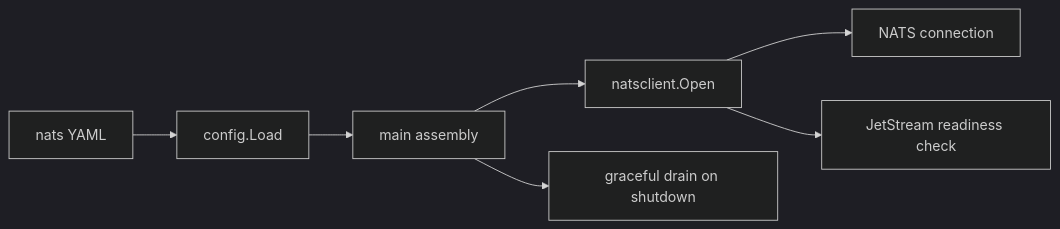
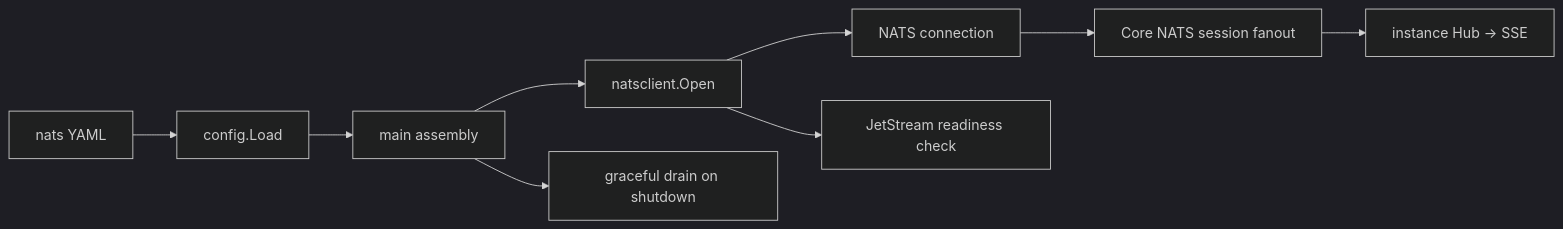
One commit to superduck-ai/open-managed-agents changed the diagram in docs/design/be/nats-messaging-foundation.md. Above: the diagram before and after it, drawn with Mermaid (dark theme). The commit also changed other lines of this file and 36 other files, not shown here.

Commit message:
Add NATS-backed session stream fanout

````diff
--- a/docs/design/be/nats-messaging-foundation.md
+++ b/docs/design/be/nats-messaging-foundation.md
@@ -7,9 +7,11 @@
 ```mermaid
 flowchart LR
     yaml["nats YAML"] --> loader["config.Load"]
     loader --> main["main assembly"]
     main --> client["natsclient.Open"]
     client --> core["NATS connection"]
     client --> js["JetStream readiness check"]
+    core --> fanout["Core NATS session fanout"]
+    fanout --> hub["instance Hub → SSE"]
     main --> drain["graceful drain on shutdown"]
 ```
````
